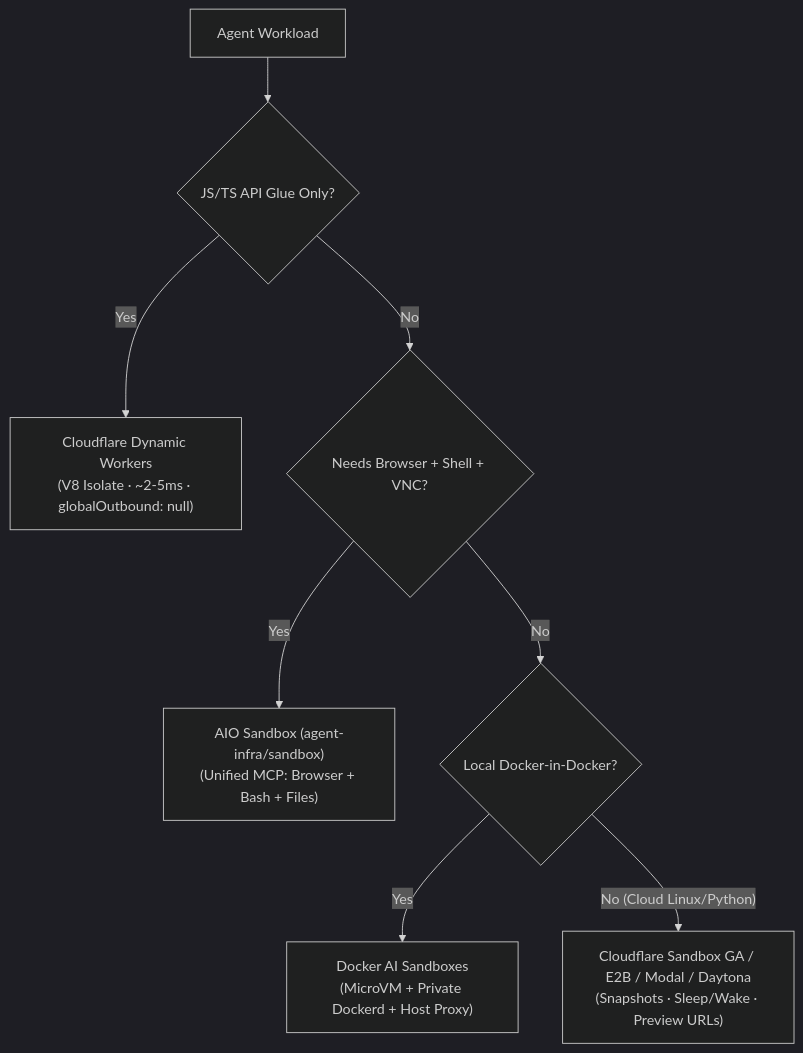
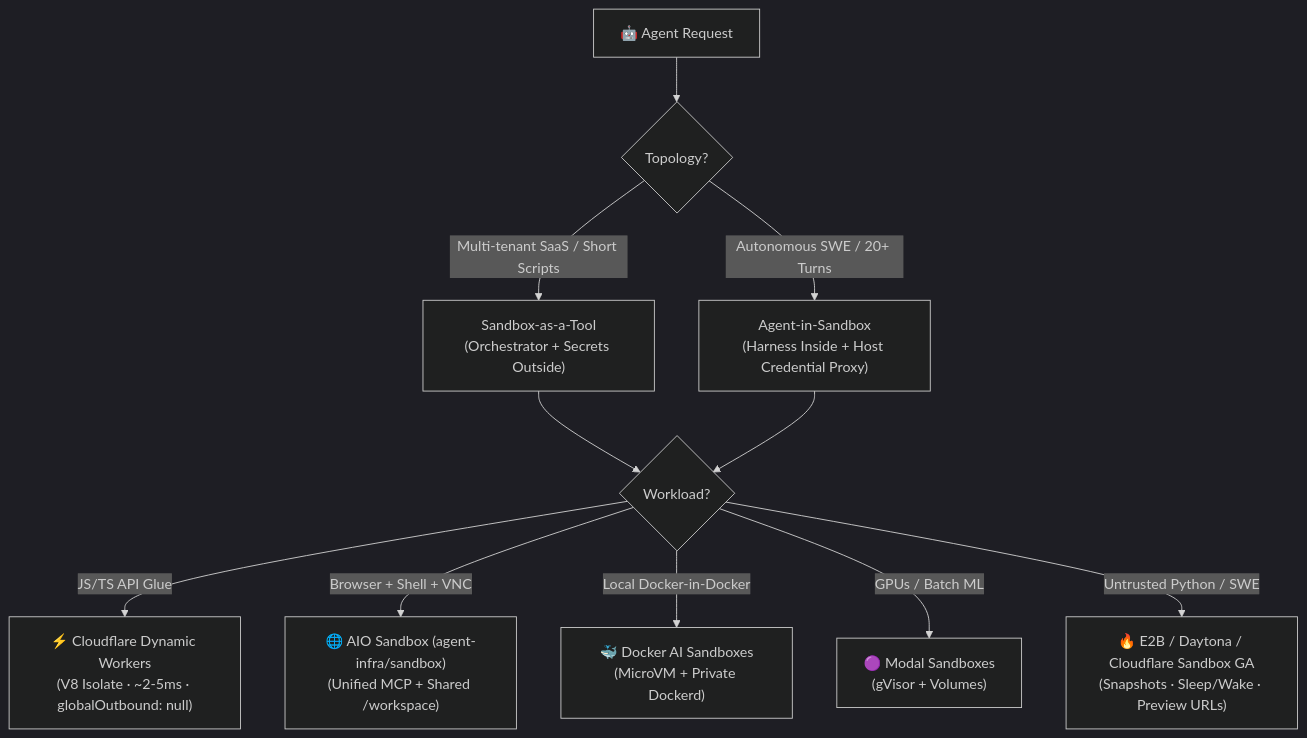
The diagram in Lecture 38 - AI Agent Sandboxes All-in-One/notes/Lecture_38_Complete_Notes.md (Amie-dev/FDE-and-GenAI-Mastery), drawn with Mermaid (dark theme) before and after one commit. The commit also changed other lines of this file and 7 other files, not shown here.

Commit message:
docs: update Lecture 38 notes with comprehensive agent sandbox architecture details

````diff
--- a/Lecture 38 - AI Agent Sandboxes All-in-One/notes/Lecture_38_Complete_Notes.md
+++ b/Lecture 38 - AI Agent Sandboxes All-in-One/notes/Lecture_38_Complete_Notes.md
@@ -31,10 +31,15 @@
 ```mermaid
 flowchart TD
-    Req["Agent Workload"] --> Q1{"JS/TS API Glue Only?"}
-    Q1 -->|"Yes"| V8["Cloudflare Dynamic Workers<br/>(V8 Isolate · ~2-5ms · globalOutbound: null)"]
-    Q1 -->|"No"| Q2{"Needs Browser + Shell + VNC?"}
-    Q2 -->|"Yes"| AIO["AIO Sandbox (agent-infra/sandbox)<br/>(Unified MCP: Browser + Bash + Files)"]
-    Q2 -->|"No"| Q3{"Local Docker-in-Docker?"}
-    Q3 -->|"Yes"| DAS["Docker AI Sandboxes<br/>(MicroVM + Private Dockerd + Host Proxy)"]
-    Q3 -->|"No (Cloud Linux/Python)"| CLD["Cloudflare Sandbox GA / E2B / Modal / Daytona<br/>(Snapshots · Sleep/Wake · Preview URLs)"]
+    A["🤖 Agent Request"] --> T{"Topology?"}
+    T -->|"Multi-tenant SaaS / Short Scripts"| T1["Sandbox-as-a-Tool<br/>(Orchestrator + Secrets Outside)"]
+    T -->|"Autonomous SWE / 20+ Turns"| T2["Agent-in-Sandbox<br/>(Harness Inside + Host Credential Proxy)"]
+
+    T1 --> R{"Workload?"}
+    T2 --> R
+
+    R -->|"JS/TS API Glue"| DW["⚡ Cloudflare Dynamic Workers<br/>(V8 Isolate · ~2-5ms · globalOutbound: null)"]
+    R -->|"Browser + Shell + VNC"| AIO["🌐 AIO Sandbox (agent-infra/sandbox)<br/>(Unified MCP + Shared /workspace)"]
+    R -->|"Local Docker-in-Docker"| DAS["🐳 Docker AI Sandboxes<br/>(MicroVM + Private Dockerd)"]
+    R -->|"GPUs / Batch ML"| MOD["🟣 Modal Sandboxes<br/>(gVisor + Volumes)"]
+    R -->|"Untrusted Python / SWE"| CLD["🔥 E2B / Daytona / Cloudflare Sandbox GA<br/>(Snapshots · Sleep/Wake · Preview URLs)"]
 ```
````
